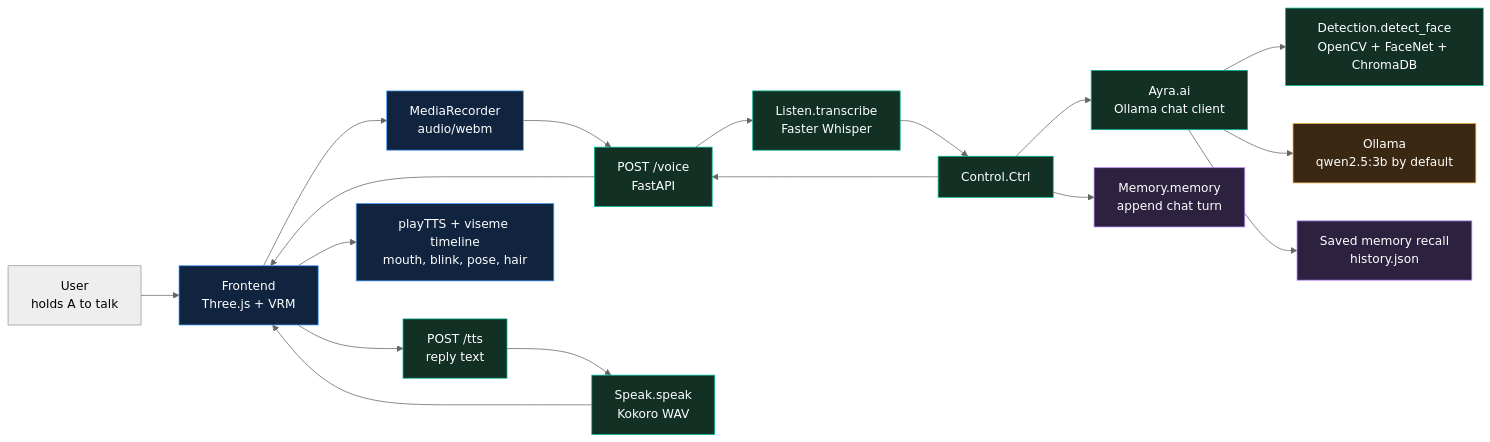
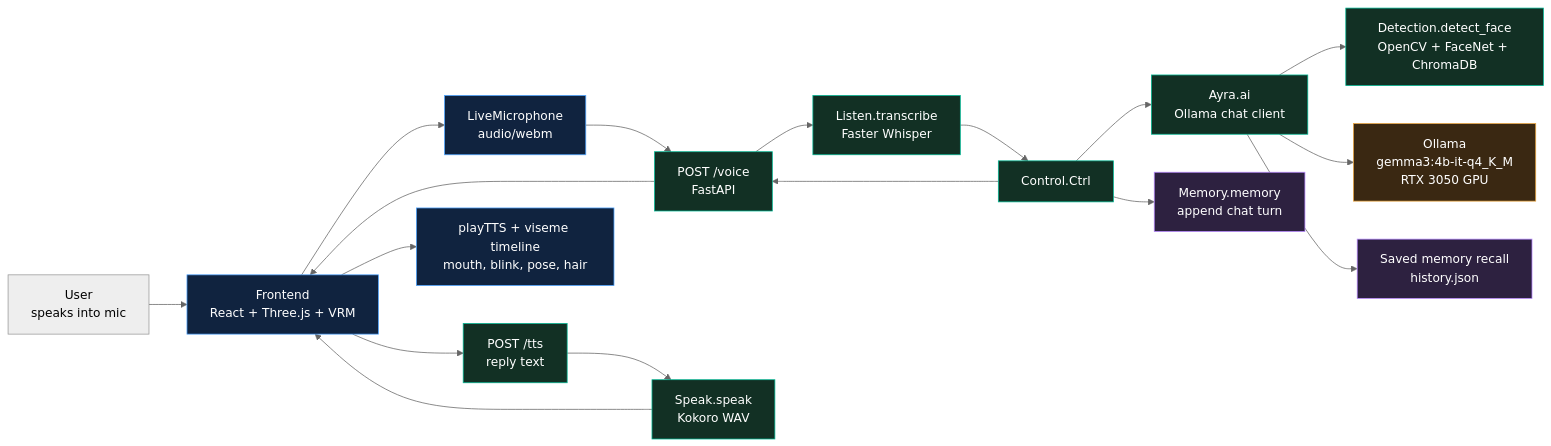
Before and after one commit to Yadhu10nm/Aira_v4: the first of 2 diagrams in README.md, drawn with Mermaid (neutral theme). The commit also changed other lines of this file and 17 other files, not shown here.

Commit message:
frontend update llm changed to 4bit quantised gemma model

````diff
--- a/README.md
+++ b/README.md
@@ -53,29 +44,29 @@
 ```mermaid
 flowchart LR
-    User["User<br/>holds A to talk"] --> FE["Frontend<br/>Three.js + VRM"]
-    FE --> MIC["MediaRecorder<br/>audio/webm"]
+    User["User<br/>speaks into mic"] --> FE["Frontend<br/>React + Three.js + VRM"]
+    FE --> MIC["LiveMicrophone<br/>audio/webm"]
     MIC --> APIVoice["POST /voice<br/>FastAPI"]
     APIVoice --> STT["Listen.transcribe<br/>Faster Whisper"]
     STT --> CTRL["Control.Ctrl"]
     CTRL --> BRAIN["Ayra.ai<br/>Ollama chat client"]
     BRAIN --> FACE["Detection.detect_face<br/>OpenCV + FaceNet + ChromaDB"]
-    BRAIN --> OLLAMA["Ollama<br/>qwen2.5:3b by default"]
+    BRAIN --> OLLAMA["Ollama<br/>gemma3:4b-it-q4_K_M<br/>RTX 3050 GPU"]
     BRAIN --> MEMREAD["Saved memory recall<br/>history.json"]
     CTRL --> MEMWRITE["Memory.memory<br/>append chat turn"]
     CTRL --> APIVoice
     APIVoice --> FE
     FE --> APITTS["POST /tts<br/>reply text"]
     APITTS --> TTS["Speak.speak<br/>Kokoro WAV"]
     TTS --> FE
     FE --> AVATAR["playTTS + viseme timeline<br/>mouth, blink, pose, hair"]
 
     classDef frontend fill:#10233f,stroke:#4da3ff,color:#ffffff;
     classDef backend fill:#123024,stroke:#00b894,color:#ffffff;
     classDef model fill:#3a2812,stroke:#e8a23d,color:#ffffff;
     classDef storage fill:#2d2140,stroke:#b889ff,color:#ffffff;
 
     class FE,MIC,AVATAR frontend;
     class APIVoice,APITTS,STT,CTRL,BRAIN,TTS,FACE backend;
     class OLLAMA model;
     class MEMREAD,MEMWRITE storage;
 ```
````
